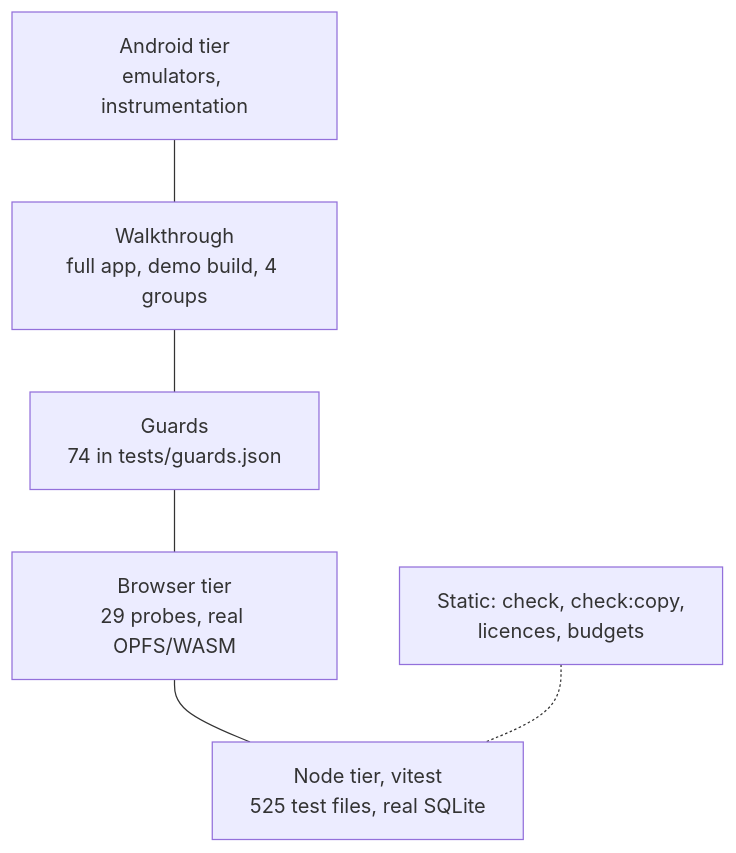
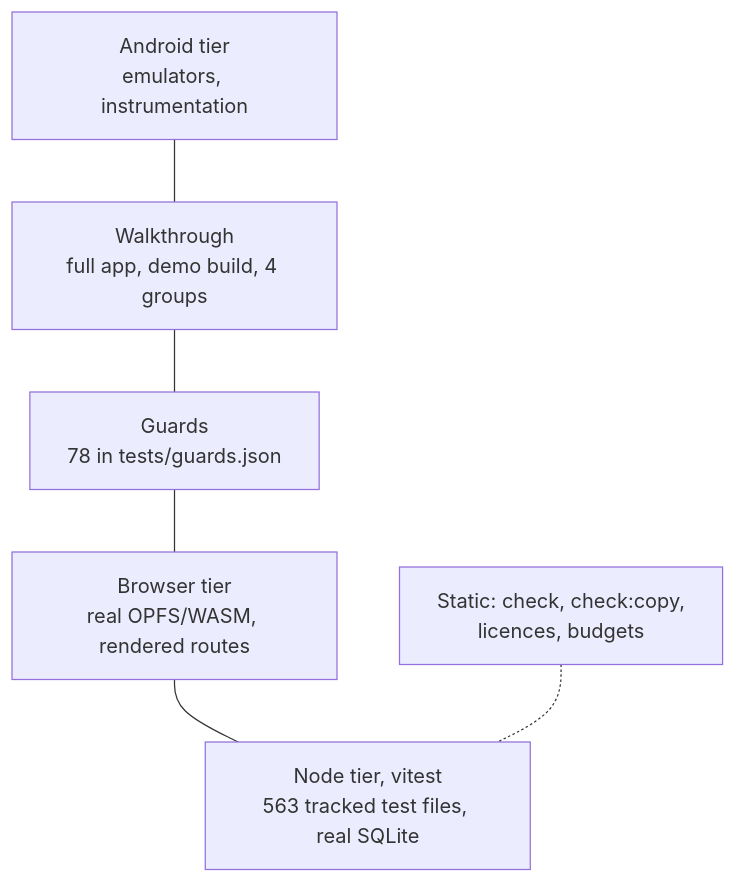
One commit to engender-app/engender changed diagram 21 of 24 in docs/architecture.md. Above: the diagram before and after it, drawn with Mermaid. The commit also changed other lines of this file, not shown here.

Commit message:
Refresh architecture guide for phase 15 delivery

````diff
--- a/docs/architecture.md
+++ b/docs/architecture.md
@@ -811,9 +824,9 @@
 ```mermaid
 flowchart TB
   A["Android tier<br/>emulators, instrumentation"] --- B
   B["Walkthrough<br/>full app, demo build, 4 groups"] --- C
-  C["Guards<br/>74 in tests/guards.json"] --- D
-  D["Browser tier<br/>29 probes, real OPFS/WASM"] --- E
-  E["Node tier, vitest<br/>525 test files, real SQLite"]
+  C["Guards<br/>78 in tests/guards.json"] --- D
+  D["Browser tier<br/>real OPFS/WASM, rendered routes"] --- E
+  E["Node tier, vitest<br/>563 tracked test files, real SQLite"]
   F["Static: check, check:copy,<br/>licences, budgets"] -.- E
 ```
````
